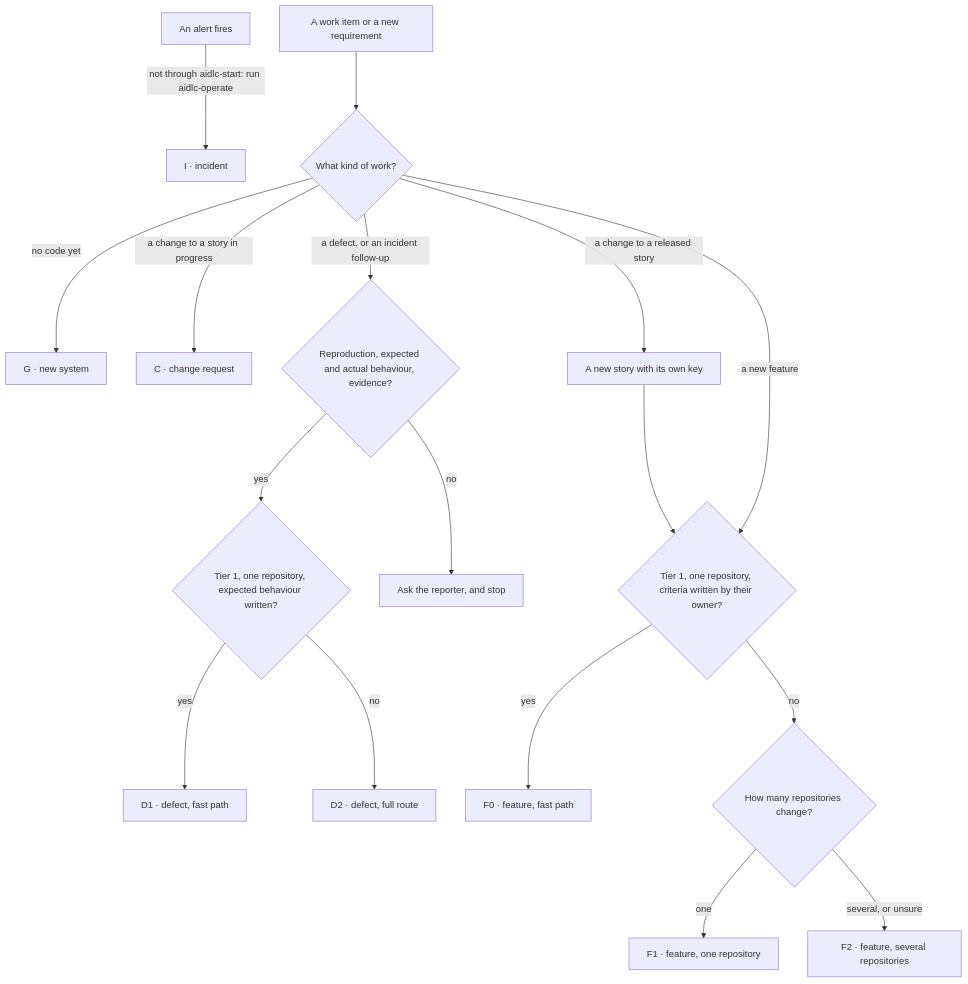
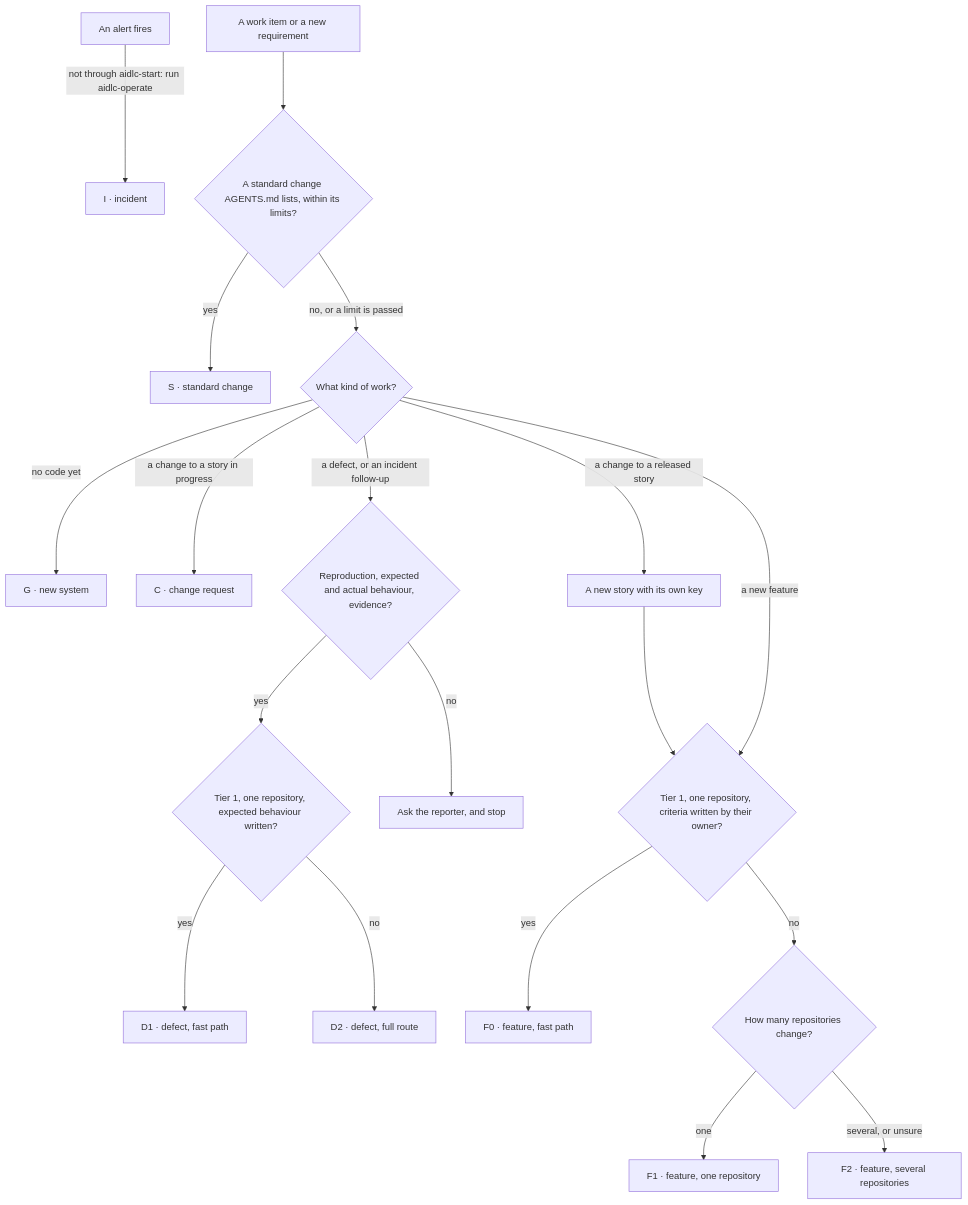
One commit to prashantsharma18/aidlc changed the first of 12 diagrams in docs/operating-model/routes.md. Above: the diagram before and after it, drawn with Mermaid. The commit also changed other lines of this file and 8 other files, not shown here.

````diff
--- a/docs/operating-model/routes.md
+++ b/docs/operating-model/routes.md
@@ -12,19 +13,21 @@
 ```mermaid
 flowchart TD
     alert["An alert fires"] -->|"not through aidlc-start: run aidlc-operate"| I["I · incident"]
-    item["A work item or a new requirement"] --> kind{"What kind of work?"}
+    item["A work item or a new requirement"] --> standard{"A standard change AGENTS.md lists, within its limits?"}
+    standard -->|"yes"| S["S · standard change"]
+    standard -->|"no, or a limit is passed"| kind{"What kind of work?"}
     kind -->|"no code yet"| G["G · new system"]
     kind -->|"a change to a story in progress"| C["C · change request"]
     kind -->|"a change to a released story"| newstory["A new story with its own key"]
     newstory --> feature
     kind -->|"a defect, or an incident follow-up"| ready{"Reproduction, expected and actual behaviour, evidence?"}
     ready -->|"no"| ask["Ask the reporter, and stop"]
     ready -->|"yes"| defect{"Tier 1, one repository, expected behaviour written?"}
     defect -->|"yes"| D1["D1 · defect, fast path"]
     defect -->|"no"| D2["D2 · defect, full route"]
     kind -->|"a new feature"| feature{"Tier 1, one repository, criteria written by their owner?"}
     feature -->|"yes"| F0["F0 · feature, fast path"]
     feature -->|"no"| scope{"How many repositories change?"}
     scope -->|"one"| F1["F1 · feature, one repository"]
     scope -->|"several, or unsure"| F2["F2 · feature, several repositories"]
 ```
````
